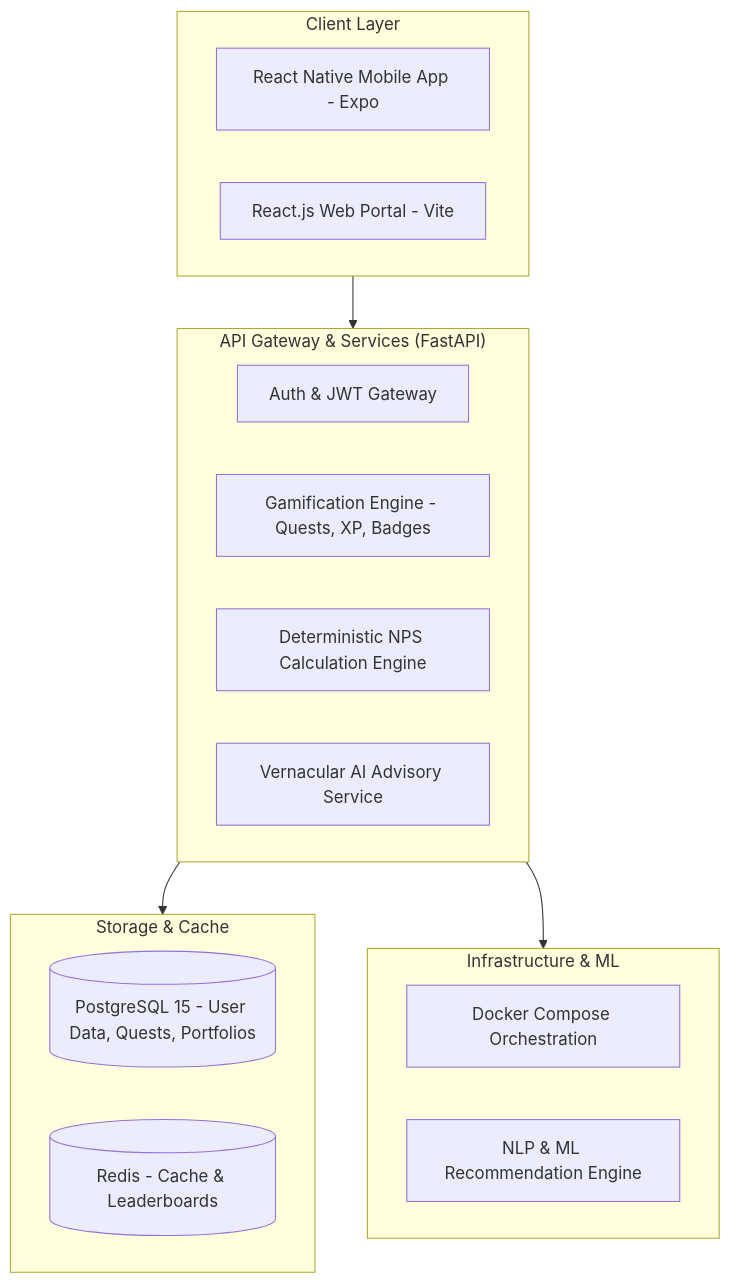
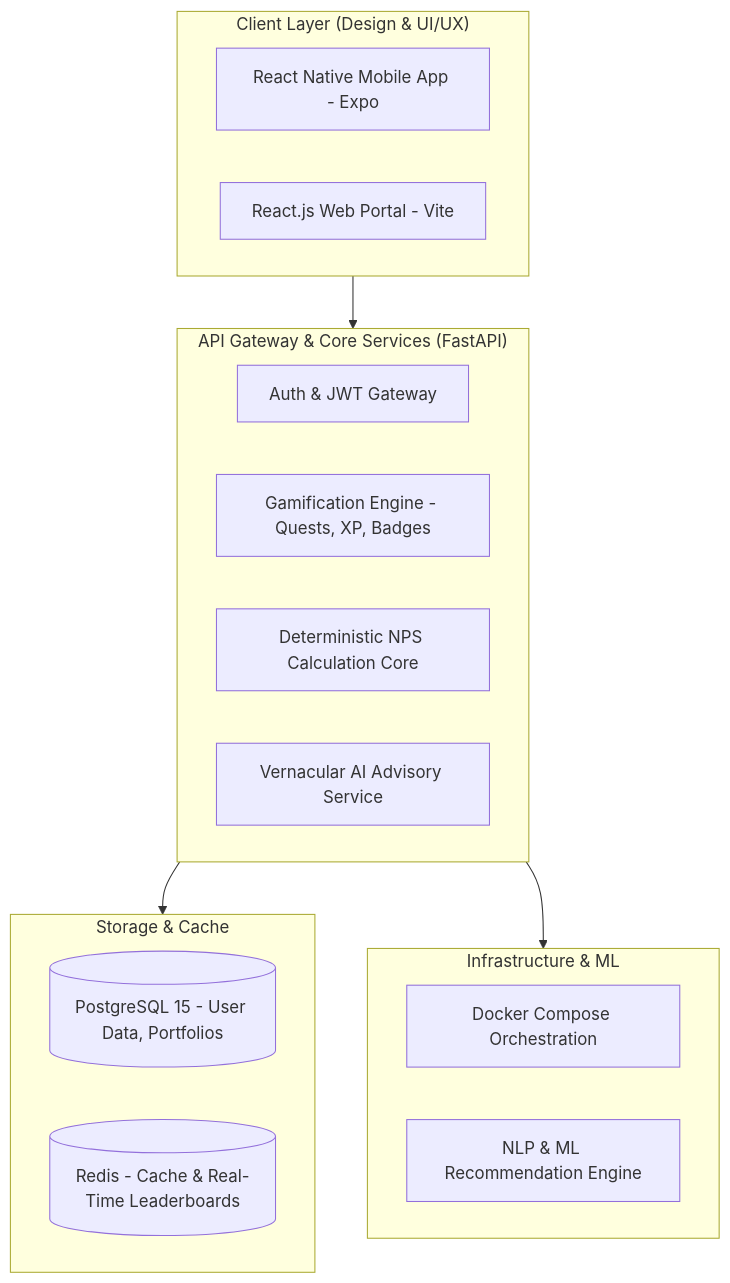
Before and after one commit to ShivamRaut1610/PensionQuest: the diagram in README.md, drawn with Mermaid. The commit also changed other lines of this file, not shown here.

Commit message:
docs: elevate README with bespoke ASCII art banner, pixel HUD, and GTM design narrative

````diff
--- a/README.md
+++ b/README.md
@@ -27,28 +52,28 @@
 ```mermaid
 flowchart TD
-    subgraph ClientLayer["Client Layer"]
+    subgraph ClientLayer["Client Layer (Design & UI/UX)"]
         A[React Native Mobile App - Expo]
         B[React.js Web Portal - Vite]
     end
 
-    subgraph APILayer["API Gateway & Services (FastAPI)"]
+    subgraph APILayer["API Gateway & Core Services (FastAPI)"]
         C[Auth & JWT Gateway]
         D[Gamification Engine - Quests, XP, Badges]
-        E[Deterministic NPS Calculation Engine]
+        E[Deterministic NPS Calculation Core]
         F[Vernacular AI Advisory Service]
     end
 
     subgraph DataLayer["Storage & Cache"]
-        G[(PostgreSQL 15 - User Data, Quests, Portfolios)]
-        H[(Redis - Cache & Leaderboards)]
+        G[(PostgreSQL 15 - User Data, Portfolios)]
+        H[(Redis - Cache & Real-Time Leaderboards)]
     end
 
     subgraph InfraLayer["Infrastructure & ML"]
         I[Docker Compose Orchestration]
         J[NLP & ML Recommendation Engine]
     end
 
     ClientLayer --> APILayer
     APILayer --> DataLayer
     APILayer --> InfraLayer
 ```
````
